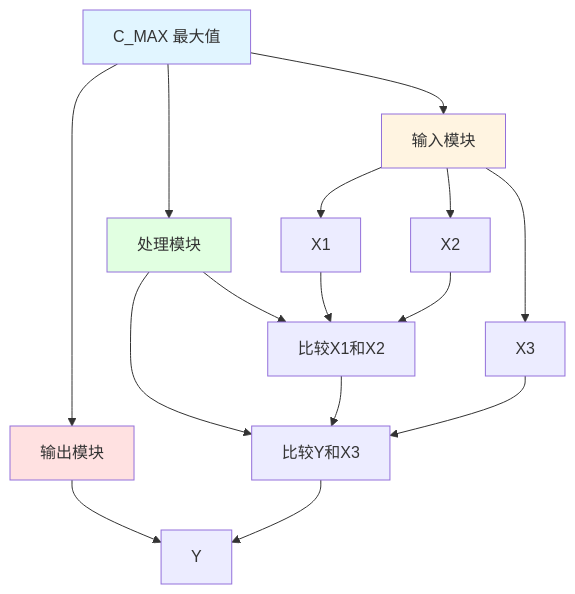
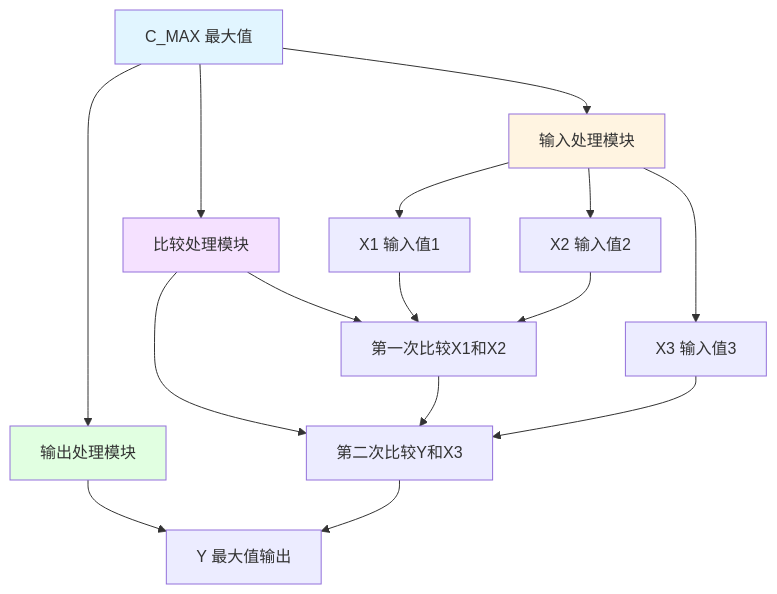
Before and after one commit to dlgt6/c: the diagram in C_MAX_分析报告.md, drawn with Mermaid. The commit also changed other lines of this file and 25 other files, not shown here.

````diff
--- a/C_MAX_分析报告.md
+++ b/C_MAX_分析报告.md
@@ -19,26 +30,26 @@
 ```mermaid
 graph TD
-    A[C_MAX 最大值] --> B[输入模块]
-    A --> C[处理模块]
-    A --> D[输出模块]
+    A[C_MAX 最大值] --> B[输入处理模块]
+    A --> C[比较处理模块]
+    A --> D[输出处理模块]
     
-    B --> B1[X1]
-    B --> B2[X2]
-    B --> B3[X3]
+    B --> B1[X1 输入值1]
+    B --> B2[X2 输入值2]
+    B --> B3[X3 输入值3]
     
-    C --> C1[比较X1和X2]
-    C --> C2[比较Y和X3]
+    C --> C1[第一次比较X1和X2]
+    C --> C2[第二次比较Y和X3]
     
-    D --> D1[Y]
+    D --> D1[Y 最大值输出]
     
     B1 --> C1
     B2 --> C1
     C1 --> C2
     B3 --> C2
     C2 --> D1
     
     style A fill:#e1f5ff
     style B fill:#fff4e1
-    style C fill:#e1ffe1
-    style D fill:#ffe1e1
+    style C fill:#f5e1ff
+    style D fill:#e1ffe1
 ```
````
